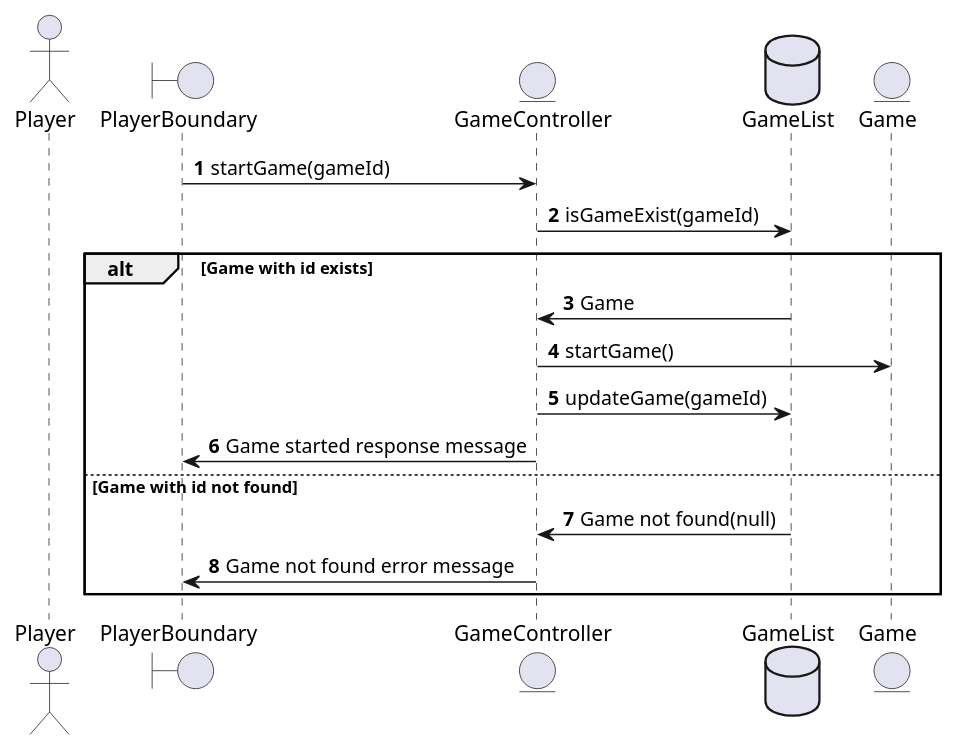
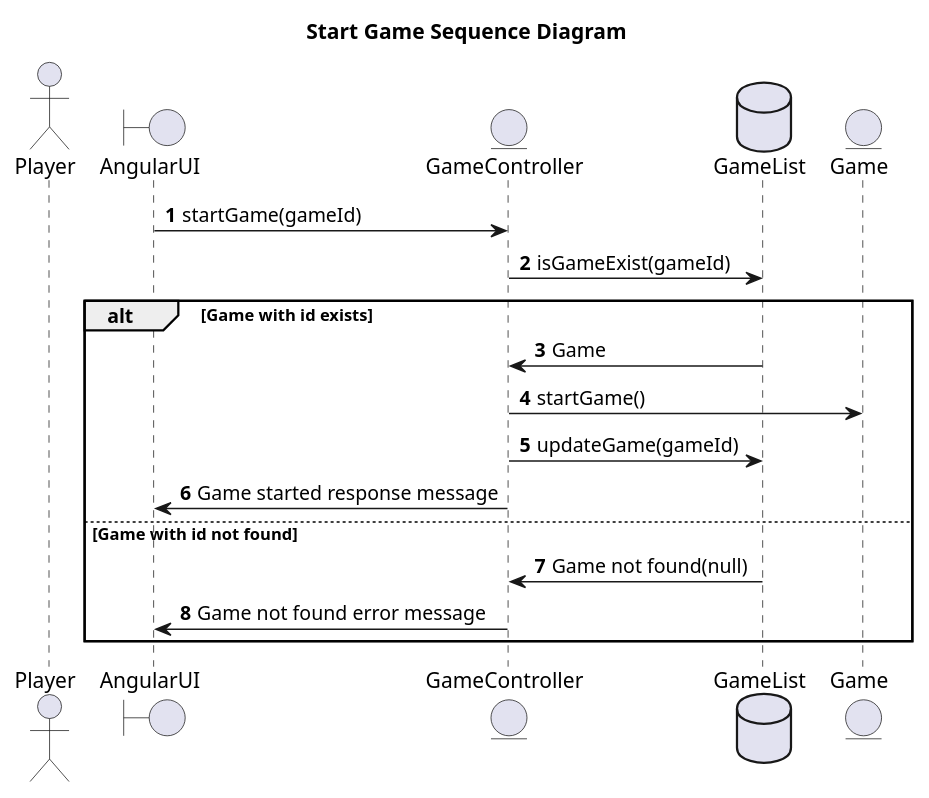
One commit to gurmsc5/Clue-Less changed the diagram in clue-less-backend/start_game.puml. Above: the diagram before and after it, drawn with PlantUML. The commit also changed 6 other files, not shown here.

Commit message:
Added titles for all UML seq diagrams

```diff
--- a/clue-less-backend/start_game.puml
+++ b/clue-less-backend/start_game.puml
@@ -1,24 +1,26 @@
 @startuml
+
+title Start Game Sequence Diagram
 
 autonumber
 actor Player
-boundary PlayerBoundary
+boundary AngularUI
 entity GameController
 
-PlayerBoundary -> GameController: startGame(gameId)
+AngularUI -> GameController: startGame(gameId)
 database GameList
 GameController -> GameList: isGameExist(gameId)
 entity Game
 
 alt Game with id exists
     GameList -> GameController: Game
     GameController -> Game: startGame()
     GameController -> GameList: updateGame(gameId)
-    GameController -> PlayerBoundary: Game started response message
+    GameController -> AngularUI: Game started response message
 
 else Game with id not found
     GameList -> GameController: Game not found(null)
-    GameController -> PlayerBoundary: Game not found error message
+    GameController -> AngularUI: Game not found error message
 end
 
 @enduml
```
